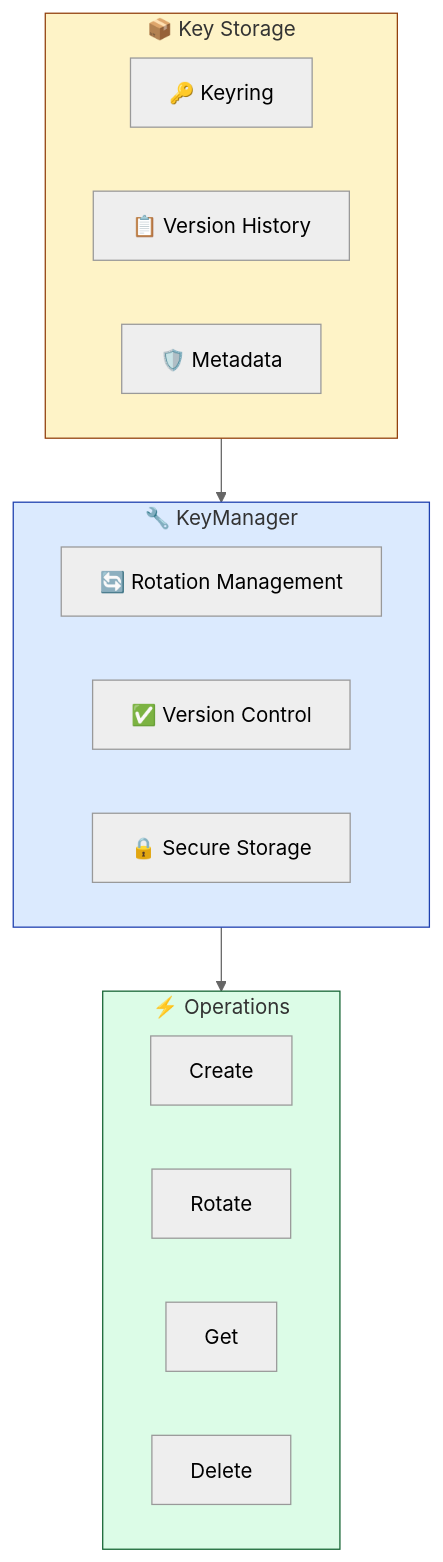
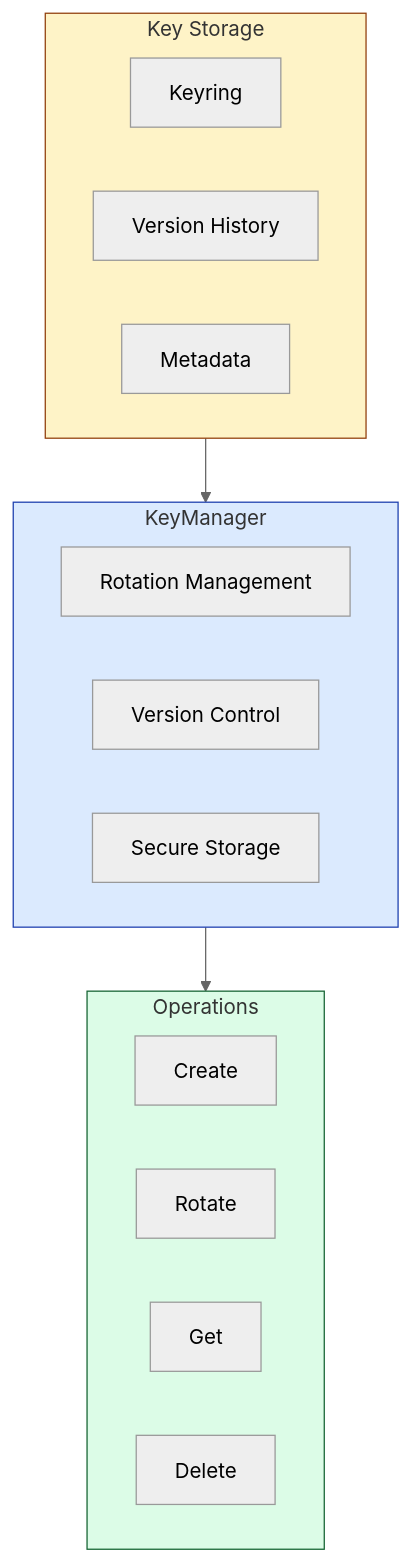
The second of 3 diagrams in docs/API_REFERENCE.md (Kirky-X/confers), drawn with Mermaid (neutral theme) before and after one commit. The commit also changed other lines of this file and 3 other files, not shown here.

First line of the commit message:
docs: clean mermaid node emojis for renderer compatibility

````diff
--- a/docs/API_REFERENCE.md
+++ b/docs/API_REFERENCE.md
@@ -537,28 +537,28 @@
 ```mermaid
 graph TB
-    subgraph Storage ["📦 Key Storage"]
-        A[🔑 Keyring]
-        B[📋 Version History]
-        C[🛡️ Metadata]
+    subgraph Storage ["Key Storage"]
+        A["Keyring"]
+        B["Version History"]
+        C["Metadata"]
     end
 
-    subgraph Manager ["🔧 KeyManager"]
-        D[🔄 Rotation Management]
-        E[✅ Version Control]
-        F[🔒 Secure Storage]
+    subgraph Manager ["KeyManager"]
+        D["Rotation Management"]
+        E["Version Control"]
+        F["Secure Storage"]
     end
 
-    subgraph Operations ["⚡ Operations"]
-        G[Create]
-        H[Rotate]
-        I[Get]
-        J[Delete]
+    subgraph Operations ["Operations"]
+        G["Create"]
+        H["Rotate"]
+        I["Get"]
+        J["Delete"]
     end
 
     Storage --> Manager
     Manager --> Operations
 
     style Storage fill:#FEF3C7,stroke:#92400E
     style Manager fill:#DBEAFE,stroke:#1E40AF
     style Operations fill:#DCFCE7,stroke:#166534
 ```
````
